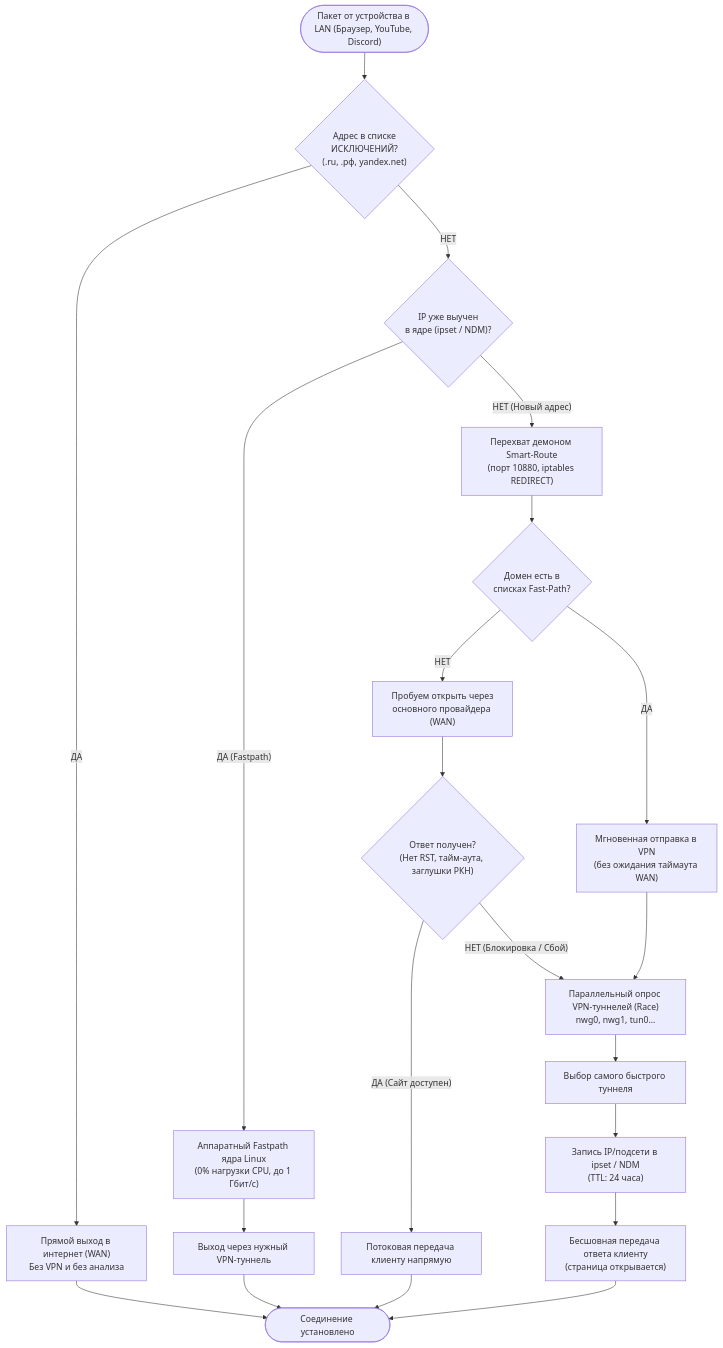
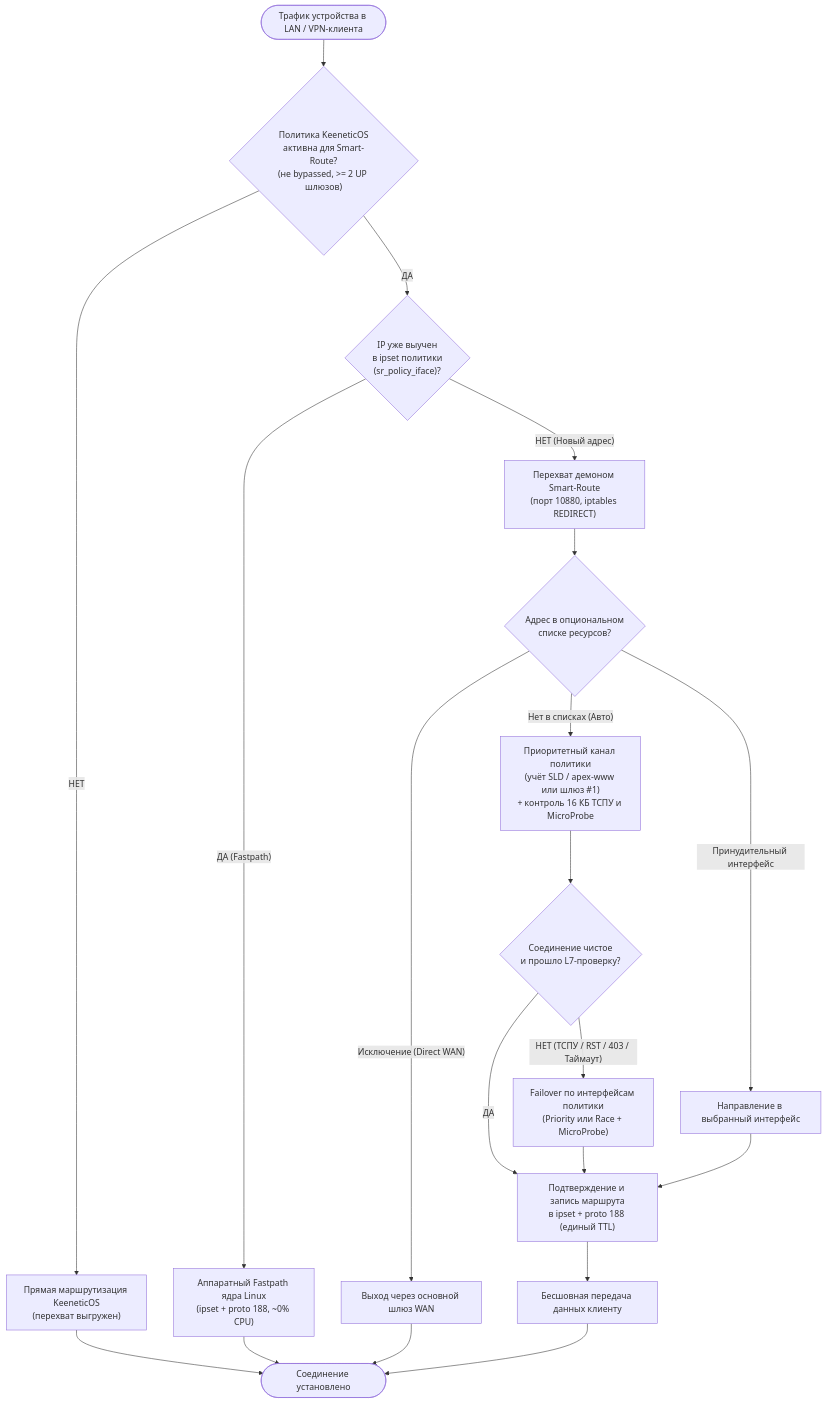
The diagram in USER_GUIDE.md (snakelair/Keenetic), drawn with Mermaid before and after one commit. The commit also changed other lines of this file and 4 other files, not shown here.

Commit message:
docs(smart-route): убрать упоминание встроенных VPN-ядер и актуализировать документацию v1.1.0

````diff
--- a/USER_GUIDE.md
+++ b/USER_GUIDE.md
@@ -21,36 +24,29 @@
 ```mermaid
 flowchart TD
-    Start(["Пакет от устройства в LAN (Браузер, YouTube, Discord)"]) --> CheckExcluded{"Адрес в списке<br/>ИСКЛЮЧЕНИЙ?<br/>(.ru, .рф, yandex.net)"}
-    
-    %% Ветка исключений
-    CheckExcluded -- "ДА" --> DirectWAN["Прямой выход в интернет (WAN)<br/>Без VPN и без анализа"]
-    DirectWAN --> Finish(["Соединение установлено"])
+    Start(["Трафик устройства в LAN / VPN-клиента"]) --> PolicyCheck{"Политика KeeneticOS<br/>активна для Smart-Route?<br/>(не bypassed, >= 2 UP шлюзов)"}
 
-    %% Ветка обычной проверки
-    CheckExcluded -- "НЕТ" --> CheckKernel{"IP уже выучен<br/>в ядре (ipset / NDM)?"}
-    
-    %% Аппаратный оффлоад
-    CheckKernel -- "ДА (Fastpath)" --> KernelOffload["Аппаратный Fastpath ядра Linux<br/>(0% нагрузки CPU, до 1 Гбит/с)"]
-    KernelOffload --> VPNOut["Выход через нужный VPN-туннель"]
-    VPNOut --> Finish
+    PolicyCheck -- "НЕТ" --> DirectKernel["Прямая маршрутизация KeeneticOS<br/>(перехват выгружен)"]
+    DirectKernel --> Finish(["Соединение установлено"])
 
-    %% Первичное соединение через демона
+    PolicyCheck -- "ДА" --> CheckKernel{"IP уже выучен<br/>в ipset политики<br/>(sr_policy_iface)?"}
+
+    CheckKernel -- "ДА (Fastpath)" --> KernelOffload["Аппаратный Fastpath ядра Linux<br/>(ipset + proto 188, ~0% CPU)"]
+    KernelOffload --> Finish
+
     CheckKernel -- "НЕТ (Новый адрес)" --> Intercept["Перехват демоном Smart-Route<br/>(порт 10880, iptables REDIRECT)"]
-    Intercept --> FastList{"Домен есть в<br/>списках Fast-Path?"}
-    
-    FastList -- "ДА" --> SkipProbe["Мгновенная отправка в VPN<br/>(без ожидания таймаута WAN)"]
-    FastList -- "НЕТ" --> TryWAN["Пробуем открыть через<br/>основного провайдера (WAN)"]
-    
-    TryWAN --> TestSuccess{"Ответ получен?<br/>(Нет RST, тайм-аута, заглушки РКН)"}
-    
-    TestSuccess -- "ДА (Сайт доступен)" --> StreamDirect["Потоковая передача клиенту напрямую"]
-    StreamDirect --> Finish
-    
-    TestSuccess -- "НЕТ (Блокировка / Сбой)" --> ProbeRace["Параллельный опрос VPN-туннелей (Race)<br/>nwg0, nwg1, tun0..."]
-    SkipProbe --> ProbeRace
-    
-    ProbeRace --> PickWinner["Выбор самого быстрого туннеля"]
-    PickWinner --> LearnKernel["Запись IP/подсети в ipset / NDM<br/>(TTL: 24 часа)"]
-    LearnKernel --> SeamlessRelay["Бесшовная передача ответа клиенту<br/>(страница открывается)"]
+    Intercept --> ListCheck{"Адрес в опциональном<br/>списке ресурсов?"}
+
+    ListCheck -- "Исключение (Direct WAN)" --> DirectWAN["Выход через основной шлюз WAN"]
+    ListCheck -- "Принудительный интерфейс" --> ForcedIface["Направление в выбранный интерфейс"]
+    ListCheck -- "Нет в списках (Авто)" --> PriorityTry["Приоритетный канал политики<br/>(учёт SLD / apex-www или шлюз #1)<br/>+ контроль 16 КБ ТСПУ и MicroProbe"]
+
+    PriorityTry --> TryOK{"Соединение чистое<br/>и прошло L7-проверку?"}
+    TryOK -- "ДА" --> GateCommit["Подтверждение и запись маршрута<br/>в ipset + proto 188 (единый TTL)"]
+    TryOK -- "НЕТ (ТСПУ / RST / 403 / Таймаут)" --> Failover["Failover по интерфейсам политики<br/>(Priority или Race + MicroProbe)"]
+
+    Failover --> GateCommit
+    ForcedIface --> GateCommit
+    DirectWAN --> Finish
+    GateCommit --> SeamlessRelay["Бесшовная передача данных клиенту"]
     SeamlessRelay --> Finish
 ```
````
